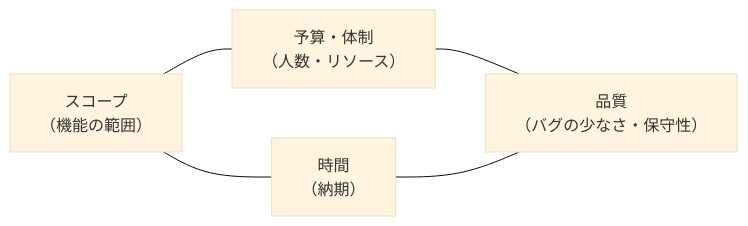
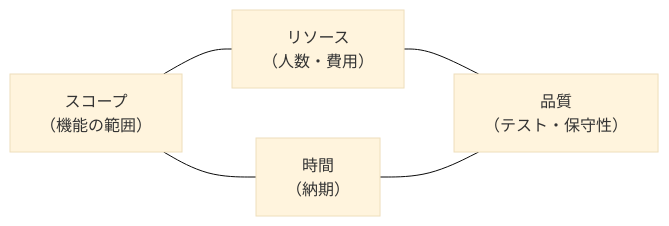
Before and after one commit to MasuqaT-NET/Zenn-contents: the diagram in books/project-management-as-dandori/3.outline.md, drawn with Mermaid (base theme). The commit also changed other lines of this file and 7 other files, not shown here.

````diff
--- a/books/project-management-as-dandori/3.outline.md
+++ b/books/project-management-as-dandori/3.outline.md
@@ -65,7 +59,7 @@
 ```mermaid
 flowchart LR
     scope["スコープ<br>（機能の範囲）"] --- time["時間<br>（納期）"]
-    budget["予算・体制<br>（人数・リソース）"] --- quality["品質<br>（バグの少なさ・保守性）"]
+    budget["リソース<br>（人数・費用）"] --- quality["品質<br>（テスト・保守性）"]
     scope --- budget
     time --- quality
 ```
````
